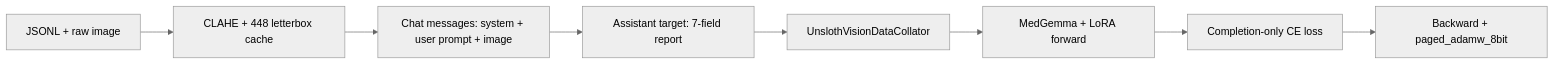
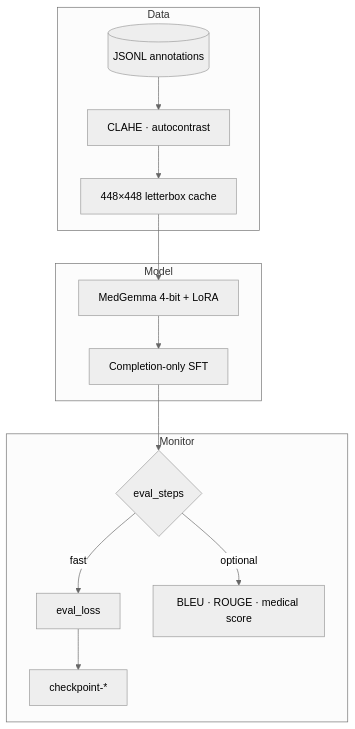
Before and after one commit to MUKILAN0608/MedGemma-Chromosome-Training: the diagram in README.md, drawn with Mermaid (neutral theme). The commit also changed other lines of this file, not shown here.

````diff
--- a/README.md
+++ b/README.md
@@ -248,10 +156,17 @@
 ```mermaid
-flowchart LR
-  A[JSONL + raw image] --> B[CLAHE + 448 letterbox cache]
-  B --> C[Chat messages: system + user prompt + image]
-  C --> D[Assistant target: 7-field report]
-  D --> E[UnslothVisionDataCollator]
-  E --> F[MedGemma + LoRA forward]
-  F --> G[Completion-only CE loss]
-  G --> H[Backward + paged_adamw_8bit]
+flowchart TB
+  subgraph Data
+    A[(JSONL annotations)] --> B[CLAHE · autocontrast]
+    B --> C[448×448 letterbox cache]
+  end
+  subgraph Model
+    C --> D[MedGemma 4-bit + LoRA]
+    D --> E[Completion-only SFT]
+  end
+  subgraph Monitor
+    E --> F{eval_steps}
+    F -->|fast| G[eval_loss]
+    F -->|optional| H[BLEU · ROUGE · medical score]
+    G --> I[checkpoint-*]
+  end
 ```
````
